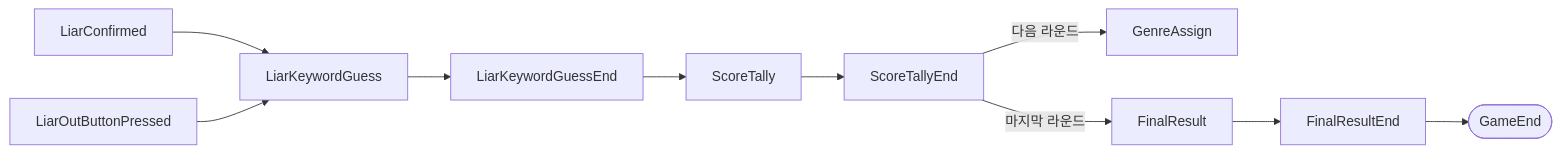
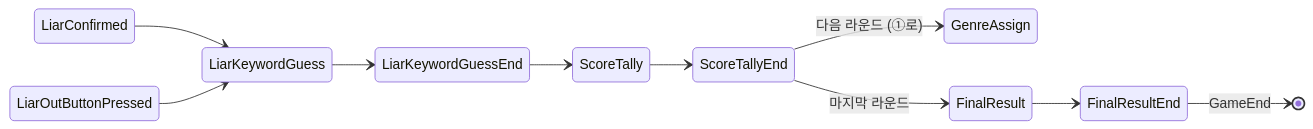
The fifth of 6 diagrams in src/2-sh-server/기술문서.md (krr6606/krr6606.github.io), drawn with Mermaid before and after one commit. The commit also changed other lines of this file and 7 other files, not shown here.

First line of the commit message:
문서 점검 반영: 답변으로 고민과 선택·결과·회고 채움, 제목·반복 정리, 다이어그램 추가·교체

````diff
--- a/src/2-sh-server/기술문서.md
+++ b/src/2-sh-server/기술문서.md
@@ -315,8 +322,13 @@
 ```mermaid
-flowchart LR
-    LC[LiarConfirmed] --> KG[LiarKeywordGuess]
-    LO[LiarOutButtonPressed] --> KG
-    KG --> KE[LiarKeywordGuessEnd] --> ST[ScoreTally] --> SE2[ScoreTallyEnd]
-    SE2 -->|다음 라운드| GA[GenreAssign]
-    SE2 -->|마지막 라운드| FR[FinalResult] --> FE[FinalResultEnd] --> END([GameEnd])
+stateDiagram-v2
+    direction LR
+    LiarConfirmed --> LiarKeywordGuess
+    LiarOutButtonPressed --> LiarKeywordGuess
+    LiarKeywordGuess --> LiarKeywordGuessEnd
+    LiarKeywordGuessEnd --> ScoreTally
+    ScoreTally --> ScoreTallyEnd
+    ScoreTallyEnd --> GenreAssign : 다음 라운드 (①로)
+    ScoreTallyEnd --> FinalResult : 마지막 라운드
+    FinalResult --> FinalResultEnd
+    FinalResultEnd --> [*] : GameEnd
 ```
````
